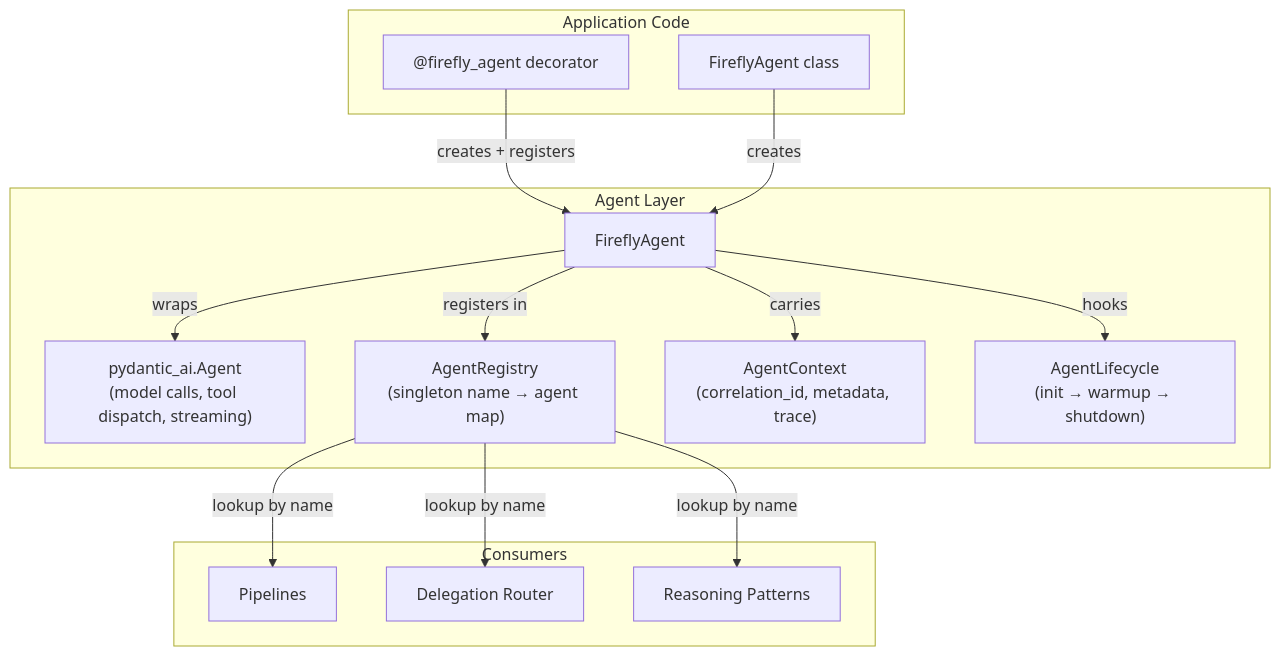
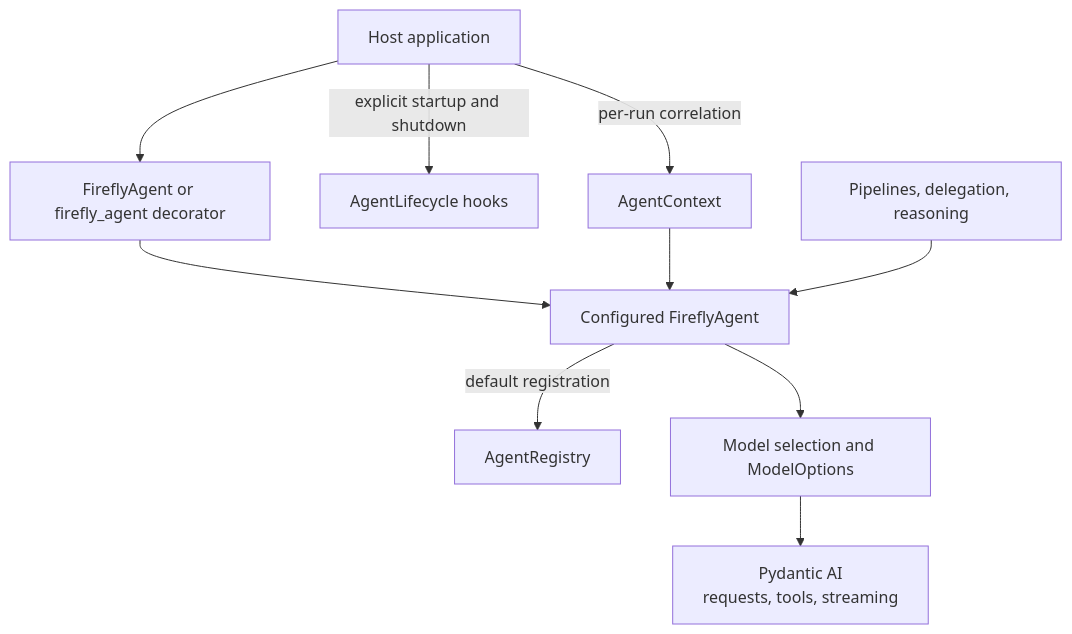
One commit to fireflyframework/fireflyframework-agentic changed the first of 8 diagrams in docs/tutorial.md. Above: the diagram before and after it, drawn with Mermaid. The commit also changed other lines of this file and 49 other files, not shown here.

Commit message:
Align diagrams and guides with framework behavior

````diff
--- a/docs/tutorial.md
+++ b/docs/tutorial.md
@@ -371,31 +371,12 @@
 ```mermaid
-graph TB
-    subgraph Application Code
-        DEC["@firefly_agent decorator"]
-        CLS["FireflyAgent class"]
-    end
-
-    subgraph Agent Layer
-        FA["FireflyAgent"]
-        PAI["pydantic_ai.Agent\n(model calls, tool dispatch, streaming)"]
-        REG["AgentRegistry\n(singleton name → agent map)"]
-        CTX["AgentContext\n(correlation_id, metadata, trace)"]
-        LC["AgentLifecycle\n(init → warmup → shutdown)"]
-    end
-
-    subgraph Consumers
-        PIPE["Pipelines"]
-        DELEG["Delegation Router"]
-        REASON["Reasoning Patterns"]
-    end
-
-    DEC -->|creates + registers| FA
-    CLS -->|creates| FA
-    FA -->|wraps| PAI
-    FA -->|registers in| REG
-    FA -->|carries| CTX
-    FA -->|hooks| LC
-    REG -->|lookup by name| PIPE
-    REG -->|lookup by name| DELEG
-    REG -->|lookup by name| REASON
+flowchart TD
+    HOST["Host application"] --> CREATE["FireflyAgent or firefly_agent decorator"]
+    CREATE --> AGENT["Configured FireflyAgent"]
+    AGENT -->|default registration| REGISTRY["AgentRegistry"]
+    HOST -->|explicit startup and shutdown| LIFECYCLE["AgentLifecycle hooks"]
+    HOST -->|per-run correlation| CONTEXT["AgentContext"]
+    CONTEXT --> AGENT
+    CONSUMERS["Pipelines, delegation, reasoning"] --> AGENT
+    AGENT --> OPTIONS["Model selection and ModelOptions"]
+    OPTIONS --> PAI["Pydantic AI<br/>requests, tools, streaming"]
 ```
````
